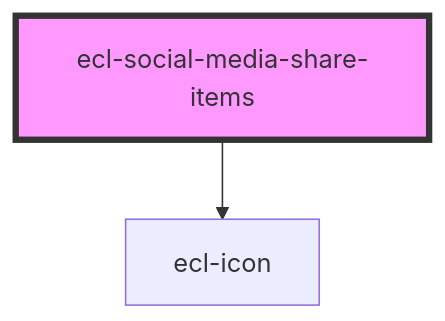
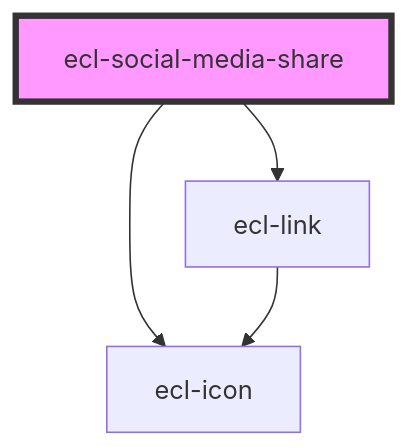
One commit to ec-europa/ecl-webcomponents changed the diagram in src/components/ecl-social-media-share/readme.md. Above: the diagram before and after it, drawn with Mermaid. The commit also changed other lines of this file and 12 other files, not shown here.

Commit message:
chore(web-components): Adding link, using it in social media share

````diff
--- a/src/components/ecl-social-media-share/readme.md
+++ b/src/components/ecl-social-media-share/readme.md
@@ -25,5 +28,7 @@
 ```mermaid
 graph TD;
-  ecl-social-media-share-items --> ecl-icon
-  style ecl-social-media-share-items fill:#f9f,stroke:#333,stroke-width:4px
+  ecl-social-media-share --> ecl-link
+  ecl-social-media-share --> ecl-icon
+  ecl-link --> ecl-icon
+  style ecl-social-media-share fill:#f9f,stroke:#333,stroke-width:4px
 ```
````
